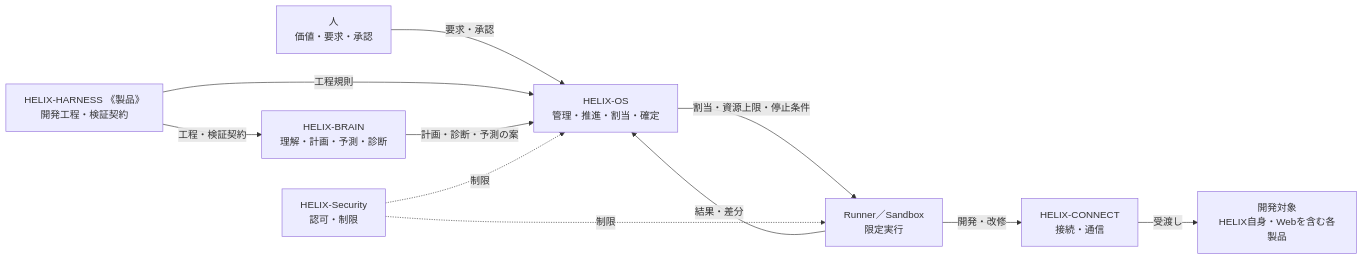
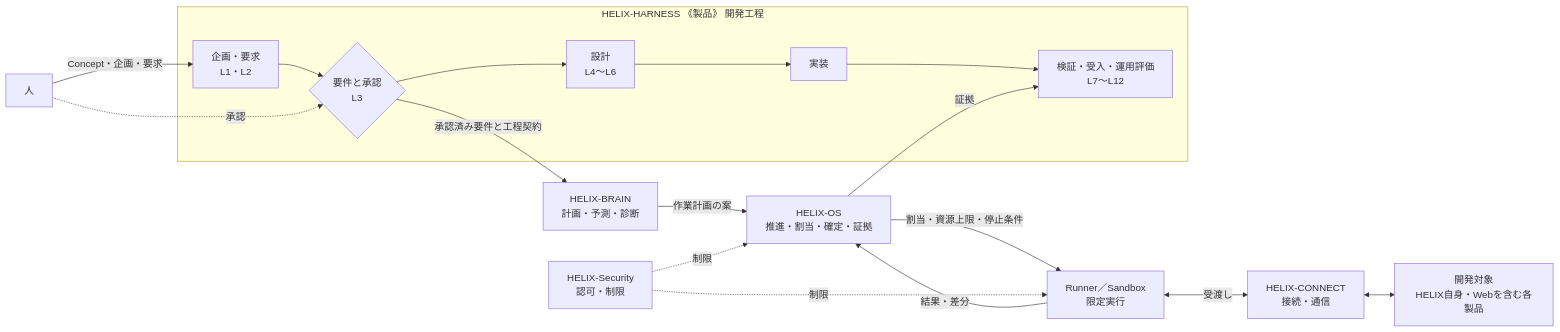
Before and after one commit to RetryYN/HELIX-HARNESS: the first of 2 diagrams in docs/concept/helix-concept.md, drawn with Mermaid. The commit also changed other lines of this file, not shown here.

Commit message:
docs: connect requirements to the HARNESS process in Concept diagrams

````diff
--- a/docs/concept/helix-concept.md
+++ b/docs/concept/helix-concept.md
@@ -55,22 +57,32 @@
 ```mermaid
 flowchart LR
-    Human["人<br/>価値・要求・承認"]
-    HARNESS["HELIX-HARNESS 《製品》<br/>開発工程・検証契約"]
-    BRAIN["HELIX-BRAIN<br/>理解・計画・予測・診断"]
-    OS["HELIX-OS<br/>管理・推進・割当・確定"]
+    Human["人"]
+
+    subgraph PROC["HELIX-HARNESS 《製品》 開発工程"]
+        REQ["企画・要求<br/>L1・L2"]
+        APP{"要件と承認<br/>L3"}
+        DES["設計<br/>L4〜L6"]
+        IMP["実装"]
+        VER["検証・受入・運用評価<br/>L7〜L12"]
+        REQ --> APP --> DES --> IMP --> VER
+    end
+
+    BRAIN["HELIX-BRAIN<br/>計画・予測・診断"]
+    OS["HELIX-OS<br/>推進・割当・確定・証拠"]
     SEC["HELIX-Security<br/>認可・制限"]
     RUNNER["Runner／Sandbox<br/>限定実行"]
     CONNECT["HELIX-CONNECT<br/>接続・通信"]
     Targets["開発対象<br/>HELIX自身・Webを含む各製品"]
 
-    Human -->|要求・承認| OS
-    HARNESS -->|工程・検証契約| BRAIN
-    HARNESS -->|工程規則| OS
-    BRAIN -->|計画・診断・予測の案| OS
+    Human -->|Concept・企画・要求| REQ
+    Human -.->|承認| APP
+    APP -->|承認済み要件と工程契約| BRAIN
+    BRAIN -->|作業計画の案| OS
     OS -->|割当・資源上限・停止条件| RUNNER
     SEC -.->|制限| OS
     SEC -.->|制限| RUNNER
-    RUNNER -->|開発・改修| CONNECT
-    CONNECT -->|受渡し| Targets
+    RUNNER <-->|受渡し| CONNECT
+    CONNECT <--> Targets
     RUNNER -->|結果・差分| OS
+    OS -->|証拠| VER
 ```
````
